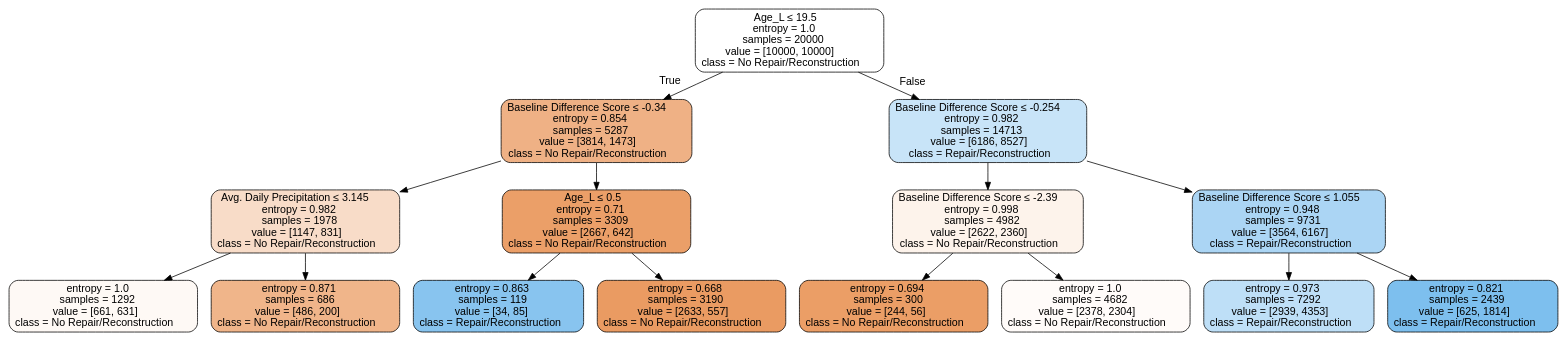
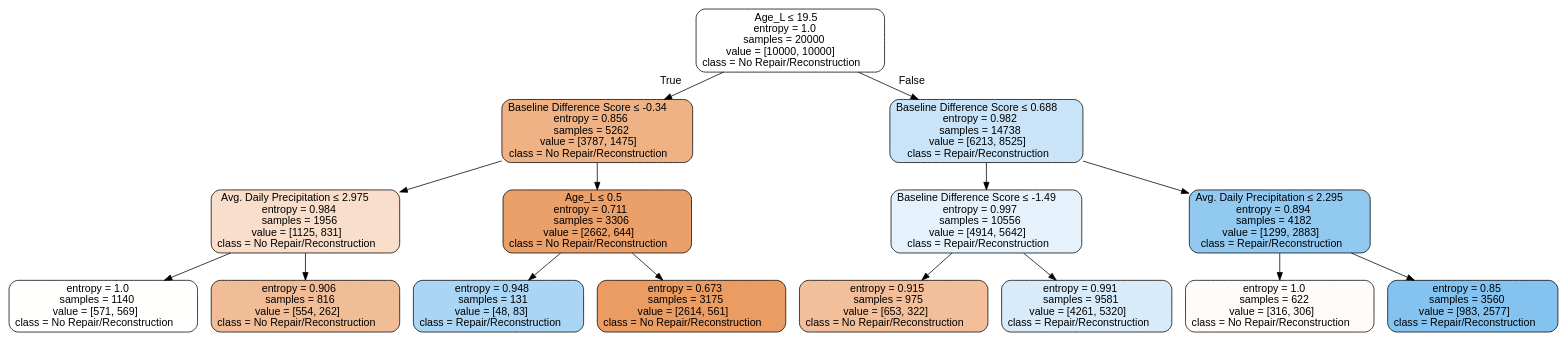
The diagram in tree.dot (kaleoyster/nbi-predictive-analysis), drawn with Graphviz before and after one commit. The commit also changed 1 other file, not shown here.

```diff
--- a/tree.dot
+++ b/tree.dot
@@ -1,33 +1,33 @@
 digraph Tree {
 node [shape=box, style="filled, rounded", color="black", fontname=helvetica] ;
 edge [fontname=helvetica] ;
 0 [label=<Age_L &le; 19.5<br/>entropy = 1.0<br/>samples = 20000<br/>value = [10000, 10000]<br/>class = No Repair/Reconstruction>, fillcolor="#e5813900"] ;
-1 [label=<Baseline Difference Score &le; -0.34<br/>entropy = 0.854<br/>samples = 5287<br/>value = [3814, 1473]<br/>class = No Repair/Reconstruction>, fillcolor="#e581399d"] ;
+1 [label=<Baseline Difference Score &le; -0.34<br/>entropy = 0.856<br/>samples = 5262<br/>value = [3787, 1475]<br/>class = No Repair/Reconstruction>, fillcolor="#e581399c"] ;
 0 -> 1 [labeldistance=2.5, labelangle=45, headlabel="True"] ;
-2 [label=<Avg. Daily Precipitation &le; 3.145<br/>entropy = 0.982<br/>samples = 1978<br/>value = [1147, 831]<br/>class = No Repair/Reconstruction>, fillcolor="#e5813946"] ;
+2 [label=<Avg. Daily Precipitation &le; 2.975<br/>entropy = 0.984<br/>samples = 1956<br/>value = [1125, 831]<br/>class = No Repair/Reconstruction>, fillcolor="#e5813943"] ;
 1 -> 2 ;
-3 [label=<entropy = 1.0<br/>samples = 1292<br/>value = [661, 631]<br/>class = No Repair/Reconstruction>, fillcolor="#e581390c"] ;
+3 [label=<entropy = 1.0<br/>samples = 1140<br/>value = [571, 569]<br/>class = No Repair/Reconstruction>, fillcolor="#e5813901"] ;
 2 -> 3 ;
-4 [label=<entropy = 0.871<br/>samples = 686<br/>value = [486, 200]<br/>class = No Repair/Reconstruction>, fillcolor="#e5813996"] ;
+4 [label=<entropy = 0.906<br/>samples = 816<br/>value = [554, 262]<br/>class = No Repair/Reconstruction>, fillcolor="#e5813986"] ;
 2 -> 4 ;
-5 [label=<Age_L &le; 0.5<br/>entropy = 0.71<br/>samples = 3309<br/>value = [2667, 642]<br/>class = No Repair/Reconstruction>, fillcolor="#e58139c2"] ;
+5 [label=<Age_L &le; 0.5<br/>entropy = 0.711<br/>samples = 3306<br/>value = [2662, 644]<br/>class = No Repair/Reconstruction>, fillcolor="#e58139c1"] ;
 1 -> 5 ;
-6 [label=<entropy = 0.863<br/>samples = 119<br/>value = [34, 85]<br/>class = Repair/Reconstruction>, fillcolor="#399de599"] ;
+6 [label=<entropy = 0.948<br/>samples = 131<br/>value = [48, 83]<br/>class = Repair/Reconstruction>, fillcolor="#399de56c"] ;
 5 -> 6 ;
-7 [label=<entropy = 0.668<br/>samples = 3190<br/>value = [2633, 557]<br/>class = No Repair/Reconstruction>, fillcolor="#e58139c9"] ;
+7 [label=<entropy = 0.673<br/>samples = 3175<br/>value = [2614, 561]<br/>class = No Repair/Reconstruction>, fillcolor="#e58139c8"] ;
 5 -> 7 ;
-8 [label=<Baseline Difference Score &le; -0.254<br/>entropy = 0.982<br/>samples = 14713<br/>value = [6186, 8527]<br/>class = Repair/Reconstruction>, fillcolor="#399de546"] ;
+8 [label=<Baseline Difference Score &le; 0.688<br/>entropy = 0.982<br/>samples = 14738<br/>value = [6213, 8525]<br/>class = Repair/Reconstruction>, fillcolor="#399de545"] ;
 0 -> 8 [labeldistance=2.5, labelangle=-45, headlabel="False"] ;
-9 [label=<Baseline Difference Score &le; -2.39<br/>entropy = 0.998<br/>samples = 4982<br/>value = [2622, 2360]<br/>class = No Repair/Reconstruction>, fillcolor="#e5813919"] ;
+9 [label=<Baseline Difference Score &le; -1.49<br/>entropy = 0.997<br/>samples = 10556<br/>value = [4914, 5642]<br/>class = Repair/Reconstruction>, fillcolor="#399de521"] ;
 8 -> 9 ;
-10 [label=<entropy = 0.694<br/>samples = 300<br/>value = [244, 56]<br/>class = No Repair/Reconstruction>, fillcolor="#e58139c4"] ;
+10 [label=<entropy = 0.915<br/>samples = 975<br/>value = [653, 322]<br/>class = No Repair/Reconstruction>, fillcolor="#e5813981"] ;
 9 -> 10 ;
-11 [label=<entropy = 1.0<br/>samples = 4682<br/>value = [2378, 2304]<br/>class = No Repair/Reconstruction>, fillcolor="#e5813908"] ;
+11 [label=<entropy = 0.991<br/>samples = 9581<br/>value = [4261, 5320]<br/>class = Repair/Reconstruction>, fillcolor="#399de533"] ;
 9 -> 11 ;
-12 [label=<Baseline Difference Score &le; 1.055<br/>entropy = 0.948<br/>samples = 9731<br/>value = [3564, 6167]<br/>class = Repair/Reconstruction>, fillcolor="#399de56c"] ;
+12 [label=<Avg. Daily Precipitation &le; 2.295<br/>entropy = 0.894<br/>samples = 4182<br/>value = [1299, 2883]<br/>class = Repair/Reconstruction>, fillcolor="#399de58c"] ;
 8 -> 12 ;
-13 [label=<entropy = 0.973<br/>samples = 7292<br/>value = [2939, 4353]<br/>class = Repair/Reconstruction>, fillcolor="#399de553"] ;
+13 [label=<entropy = 1.0<br/>samples = 622<br/>value = [316, 306]<br/>class = No Repair/Reconstruction>, fillcolor="#e5813908"] ;
 12 -> 13 ;
-14 [label=<entropy = 0.821<br/>samples = 2439<br/>value = [625, 1814]<br/>class = Repair/Reconstruction>, fillcolor="#399de5a7"] ;
+14 [label=<entropy = 0.85<br/>samples = 3560<br/>value = [983, 2577]<br/>class = Repair/Reconstruction>, fillcolor="#399de59e"] ;
 12 -> 14 ;
 }
```
